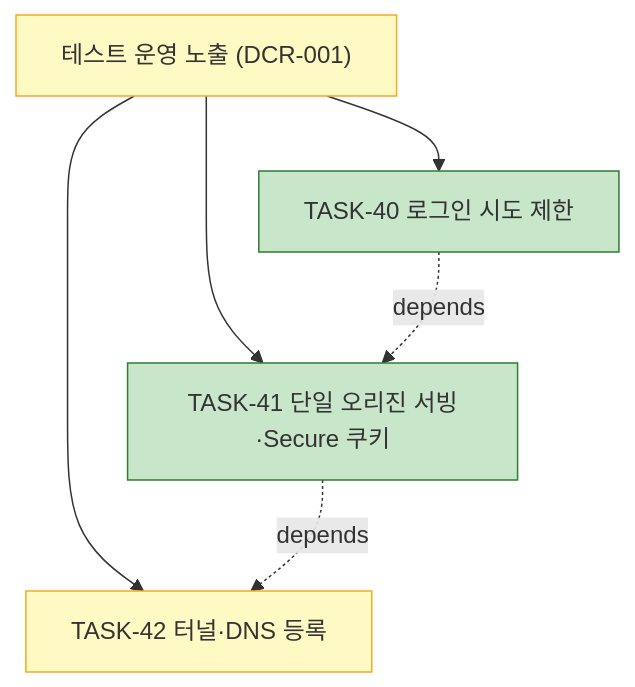
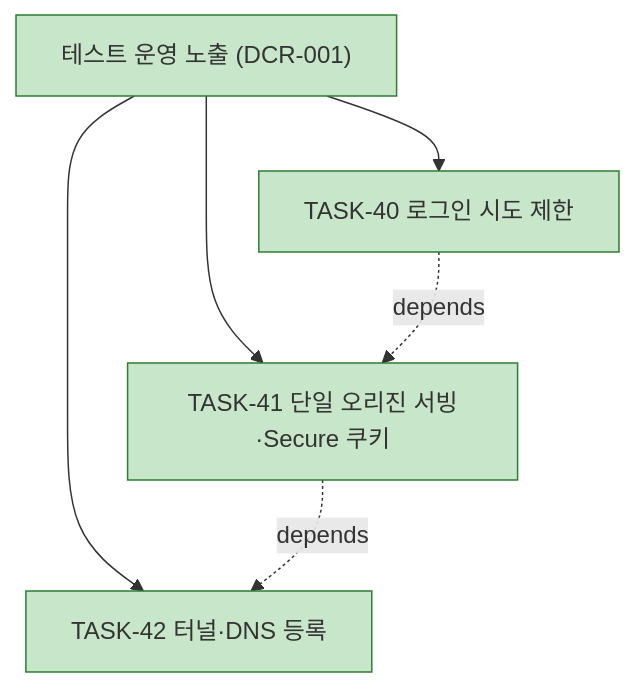
Before and after one commit to bluesky5008/mathdesk: the second of 3 diagrams in docs/plan.md, drawn with Mermaid. The commit also changed other lines of this file and 5 other files, not shown here.

````diff
--- a/docs/plan.md
+++ b/docs/plan.md
@@ -147,13 +147,13 @@
 ```mermaid
 flowchart TD
-    OPS["테스트 운영 노출 (DCR-001)"]:::active
+    OPS["테스트 운영 노출 (DCR-001)"]:::done
     OPS --> T40["TASK-40 로그인 시도 제한"]:::done
     OPS --> T41["TASK-41 단일 오리진 서빙·Secure 쿠키"]:::done
-    OPS --> T42["TASK-42 터널·DNS 등록"]:::active
+    OPS --> T42["TASK-42 터널·DNS 등록"]:::done
     T40 -. depends .-> T41
     T41 -. depends .-> T42
     classDef done fill:#c8e6c9,stroke:#2e7d32
     classDef active fill:#fff9c4,stroke:#f9a825
     classDef todo fill:#eceff1,stroke:#90a4ae
     classDef gate fill:#ffcdd2,stroke:#c62828
 ```
````
